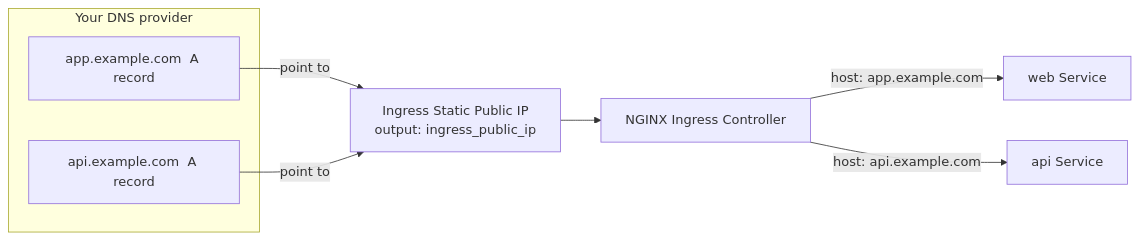
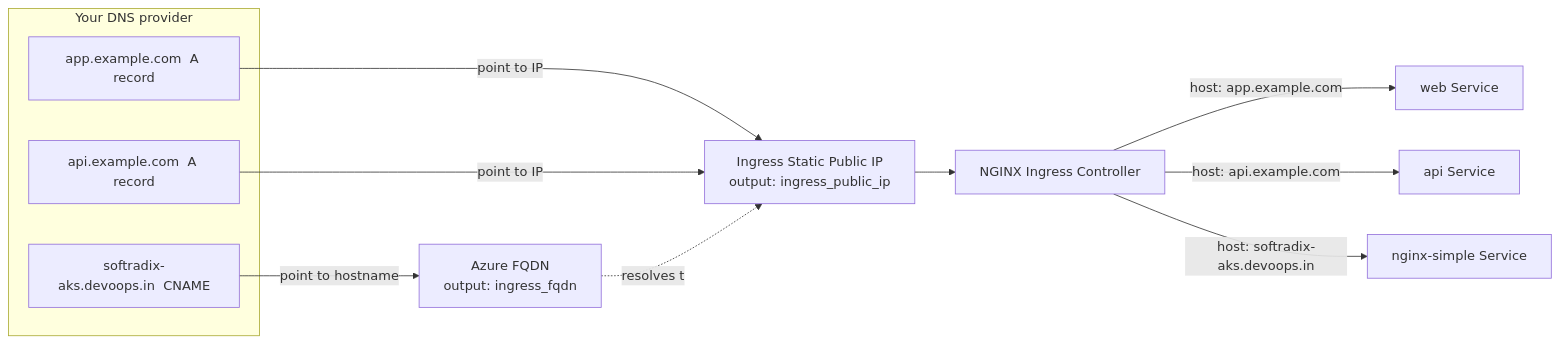
Before and after one commit to Master-Devoops/AKS: the sixth of 8 diagrams in README.md, drawn with Mermaid. The commit also changed other lines of this file and 10 other files, not shown here.

````diff
--- a/README.md
+++ b/README.md
@@ -262,12 +262,16 @@
 ```mermaid
 flowchart LR
     subgraph YourDNS[Your DNS provider]
         A1["app.example.com  A record"]
         A2["api.example.com  A record"]
+        A3["softradix-aks.devoops.in  CNAME"]
     end
 
-    A1 & A2 -->|point to| PIP[Ingress Static Public IP<br/>output: ingress_public_ip]
+    A1 & A2 -->|point to IP| PIP[Ingress Static Public IP<br/>output: ingress_public_ip]
+    A3 -->|point to hostname| FQDN[Azure FQDN<br/>output: ingress_fqdn]
+    FQDN -.resolves to.-> PIP
     PIP --> NGX[NGINX Ingress Controller]
     NGX -->|host: app.example.com| WEBSVC[web Service]
     NGX -->|host: api.example.com| APISVC[api Service]
+    NGX -->|host: softradix-aks.devoops.in| NGINXSVC[nginx-simple Service]
 ```
````
